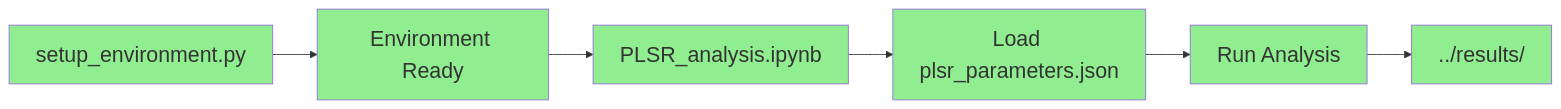
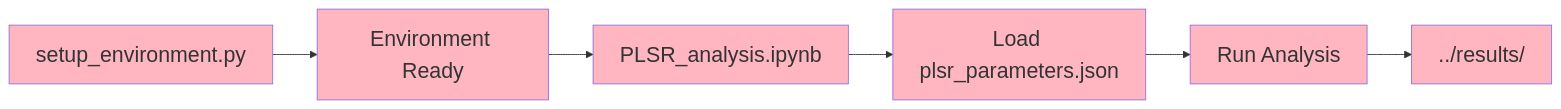
Before and after one commit to Shaswat-qm-researcher/Physics-Informed-Symbolic-Regression-for-Phonon-Related-Property-Prediction-and-Materials-Discovery: the diagram in plsr_feature_selection/code and config/README.md, drawn with Mermaid.

````diff
--- a/plsr_feature_selection/code and config/README.md
+++ b/plsr_feature_selection/code and config/README.md
@@ -142,14 +142,14 @@
 ```mermaid
 graph LR
     A[setup_environment.py] --> B[Environment Ready]
     B --> C[PLSR_analysis.ipynb]
     C --> D[Load plsr_parameters.json]
     D --> E[Run Analysis]
     E --> F[../results/]
-style A fill:#90EE90, font-size:24px, font-family:Arial
-style B fill:#90EE90, font-size:24px, font-family:Arial
-style C fill:#90EE90, font-size:24px, font-family:Arial
-style D fill:#90EE90, font-size:24px, font-family:Arial
-style E fill:#90EE90, font-size:24px, font-family:Arial
-style F fill:#90EE90, font-size:24px, font-family:Arial
+style A fill:#FFB6C1, font-size:24px, font-family:Arial
+style B fill:#FFB6C1, font-size:24px, font-family:Arial
+style C fill:#FFB6C1, font-size:24px, font-family:Arial
+style D fill:#FFB6C1, font-size:24px, font-family:Arial
+style E fill:#FFB6C1, font-size:24px, font-family:Arial
+style F fill:#FFB6C1, font-size:24px, font-family:Arial
 ```
````
